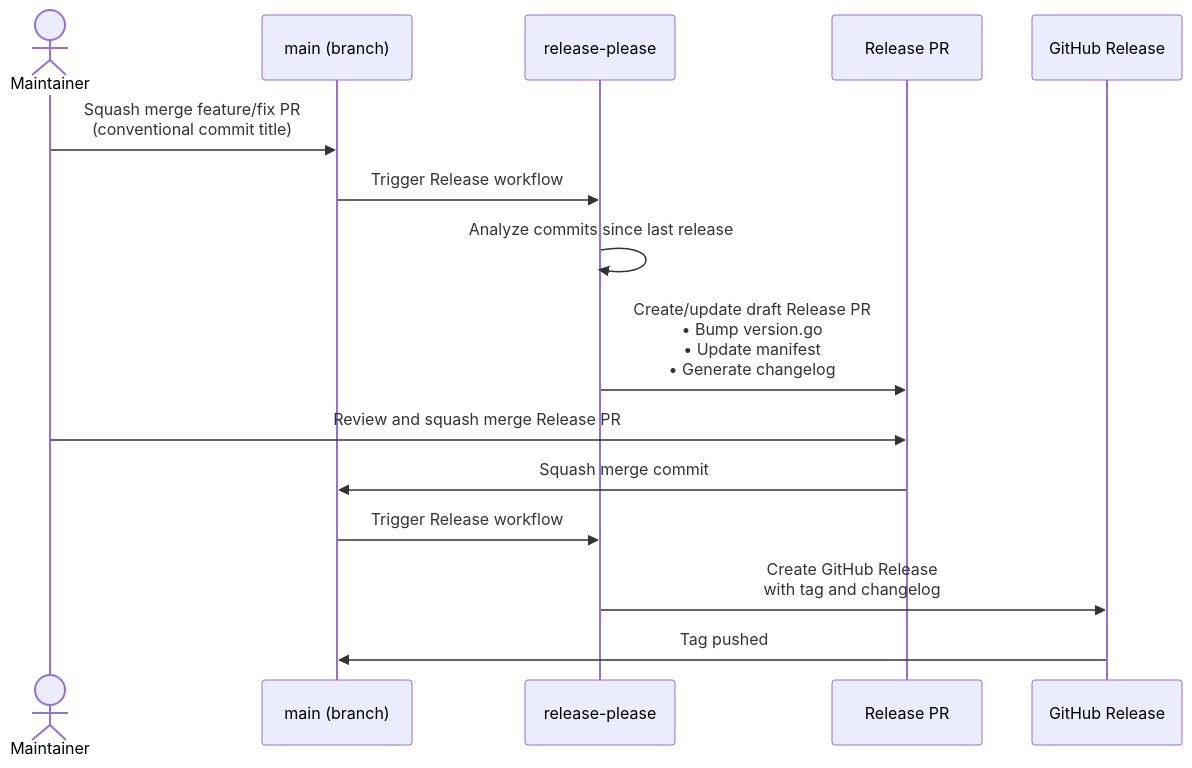
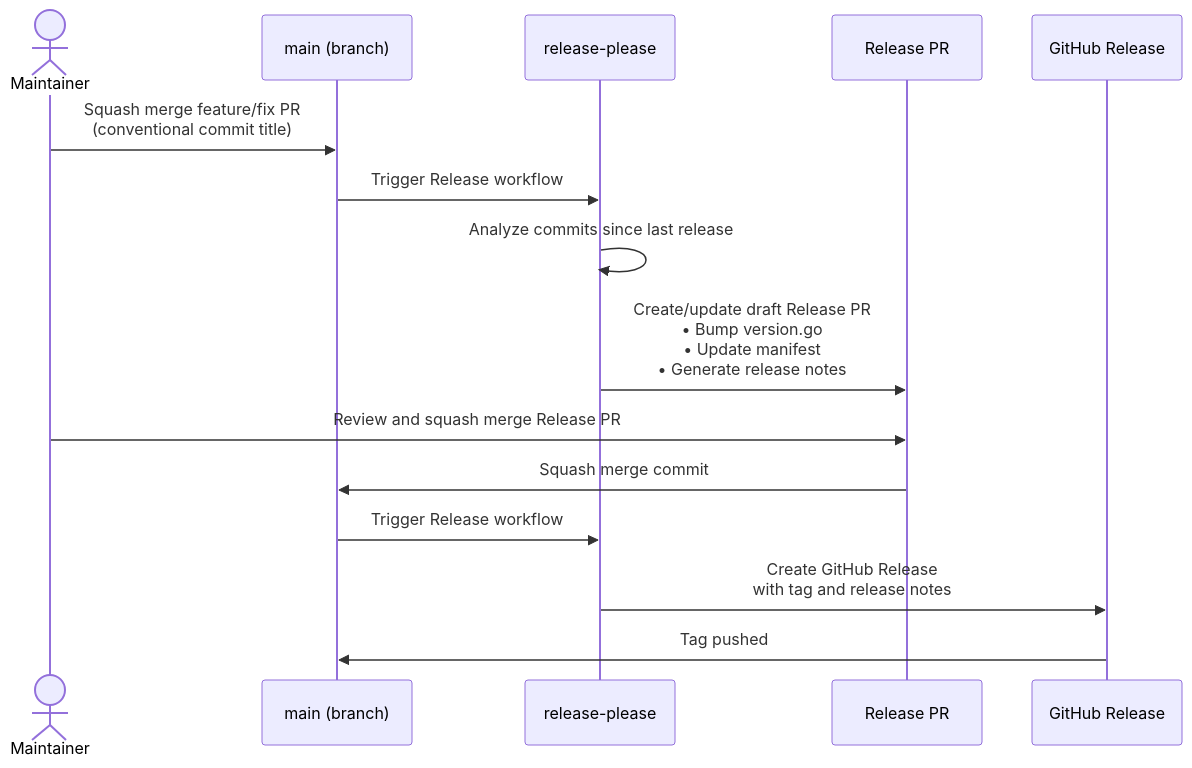
One commit to Kardbord/hfgo changed the first of 4 diagrams in docs/release-process.md. Above: the diagram before and after it, drawn with Mermaid. The commit also changed other lines of this file and 40 other files, not shown here.

````diff
--- a/docs/release-process.md
+++ b/docs/release-process.md
@@ -110,18 +110,18 @@
 ```mermaid
 sequenceDiagram
     actor Maintainer
     participant Main as main (branch)
     participant RP as release-please
     participant ReleasePR as Release PR
     participant GitHub as GitHub Release
 
     Maintainer->>Main: Squash merge feature/fix PR<br/>(conventional commit title)
     Main->>RP: Trigger Release workflow
     RP->>RP: Analyze commits since last release
-    RP->>ReleasePR: Create/update draft Release PR<br/>• Bump version.go<br/>• Update manifest<br/>• Generate changelog
+    RP->>ReleasePR: Create/update draft Release PR<br/>• Bump version.go<br/>• Update manifest<br/>• Generate release notes
     Maintainer->>ReleasePR: Review and squash merge Release PR
     ReleasePR->>Main: Squash merge commit
     Main->>RP: Trigger Release workflow
-    RP->>GitHub: Create GitHub Release<br/>with tag and changelog
+    RP->>GitHub: Create GitHub Release<br/>with tag and release notes
     GitHub->>Main: Tag pushed
 ```
````
